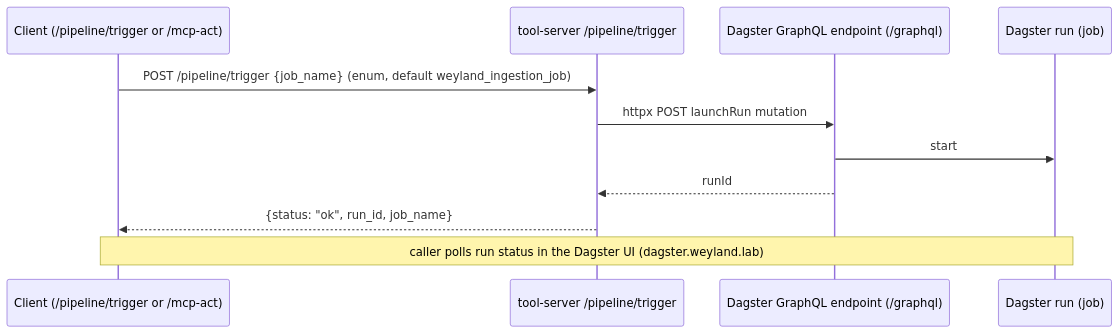
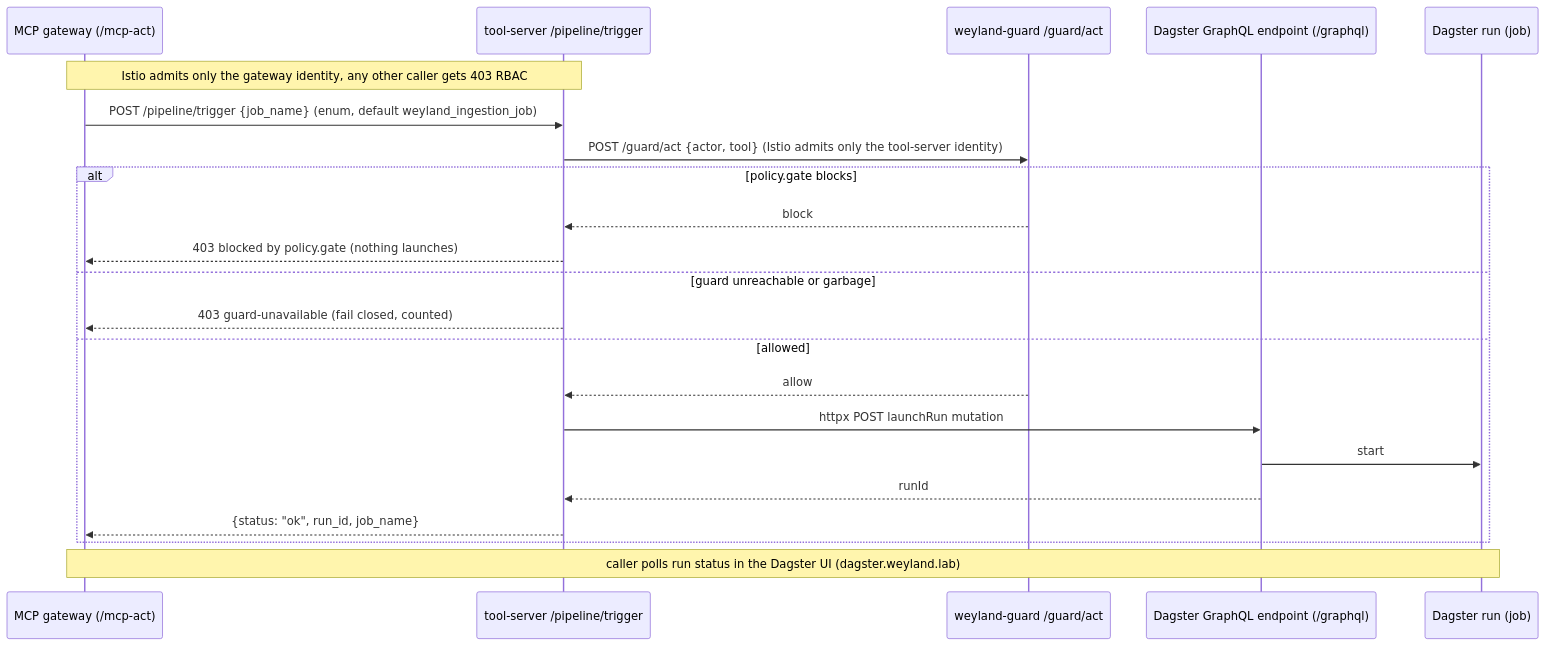
One commit to edtbl76/weyland-lab changed the diagram in docs/diagrams/flow-pipeline-trigger.md. Above: the diagram before and after it, drawn with Mermaid. The commit also changed other lines of this file and 6 other files, not shown here.

Commit message:
Clarify and document B207 fixes: enforce ACT guard verdict, fail closed on guard outages, refuse encoded separators (%2F/%5C), and validate guard failures alerting pipeline. Update related architecture, demo, and runbook sections.

````diff
--- a/docs/diagrams/flow-pipeline-trigger.md
+++ b/docs/diagrams/flow-pipeline-trigger.md
@@ -8,13 +11,24 @@
 ```mermaid
 sequenceDiagram
-    participant Cl as Client (/pipeline/trigger or /mcp-act)
+    participant Cl as MCP gateway (/mcp-act)
     participant TS as tool-server /pipeline/trigger
+    participant G as weyland-guard /guard/act
     participant DG as Dagster GraphQL endpoint (/graphql)
     participant Run as Dagster run (job)
+    Note over Cl,TS: Istio admits only the gateway identity, any other caller gets 403 RBAC
     Cl->>TS: POST /pipeline/trigger {job_name} (enum, default weyland_ingestion_job)
-    TS->>DG: httpx POST launchRun mutation
-    DG->>Run: start
-    DG-->>TS: runId
-    TS-->>Cl: {status: "ok", run_id, job_name}
+    TS->>G: POST /guard/act {actor, tool} (Istio admits only the tool-server identity)
+    alt policy.gate blocks
+        G-->>TS: block
+        TS-->>Cl: 403 blocked by policy.gate (nothing launches)
+    else guard unreachable or garbage
+        TS-->>Cl: 403 guard-unavailable (fail closed, counted)
+    else allowed
+        G-->>TS: allow
+        TS->>DG: httpx POST launchRun mutation
+        DG->>Run: start
+        DG-->>TS: runId
+        TS-->>Cl: {status: "ok", run_id, job_name}
+    end
     Note over Cl,Run: caller polls run status in the Dagster UI (dagster.weyland.lab)
 ```
````
